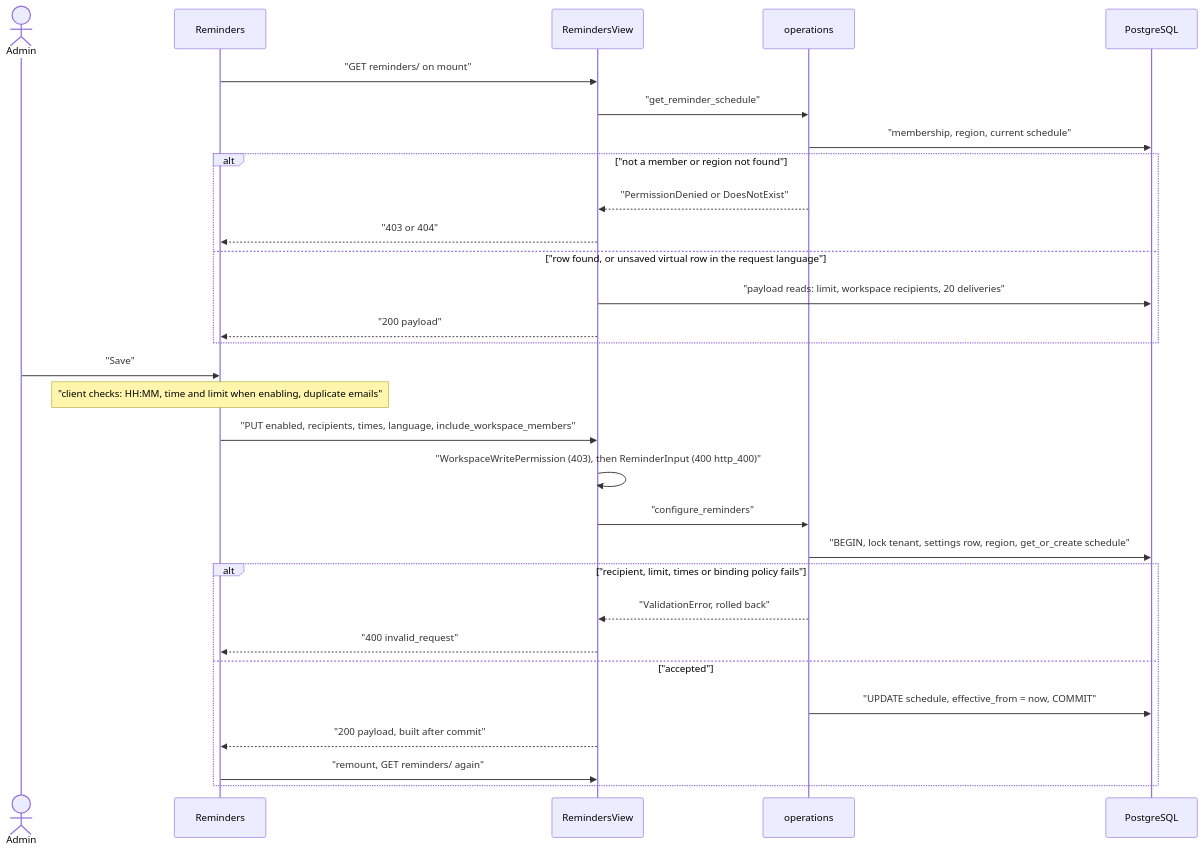
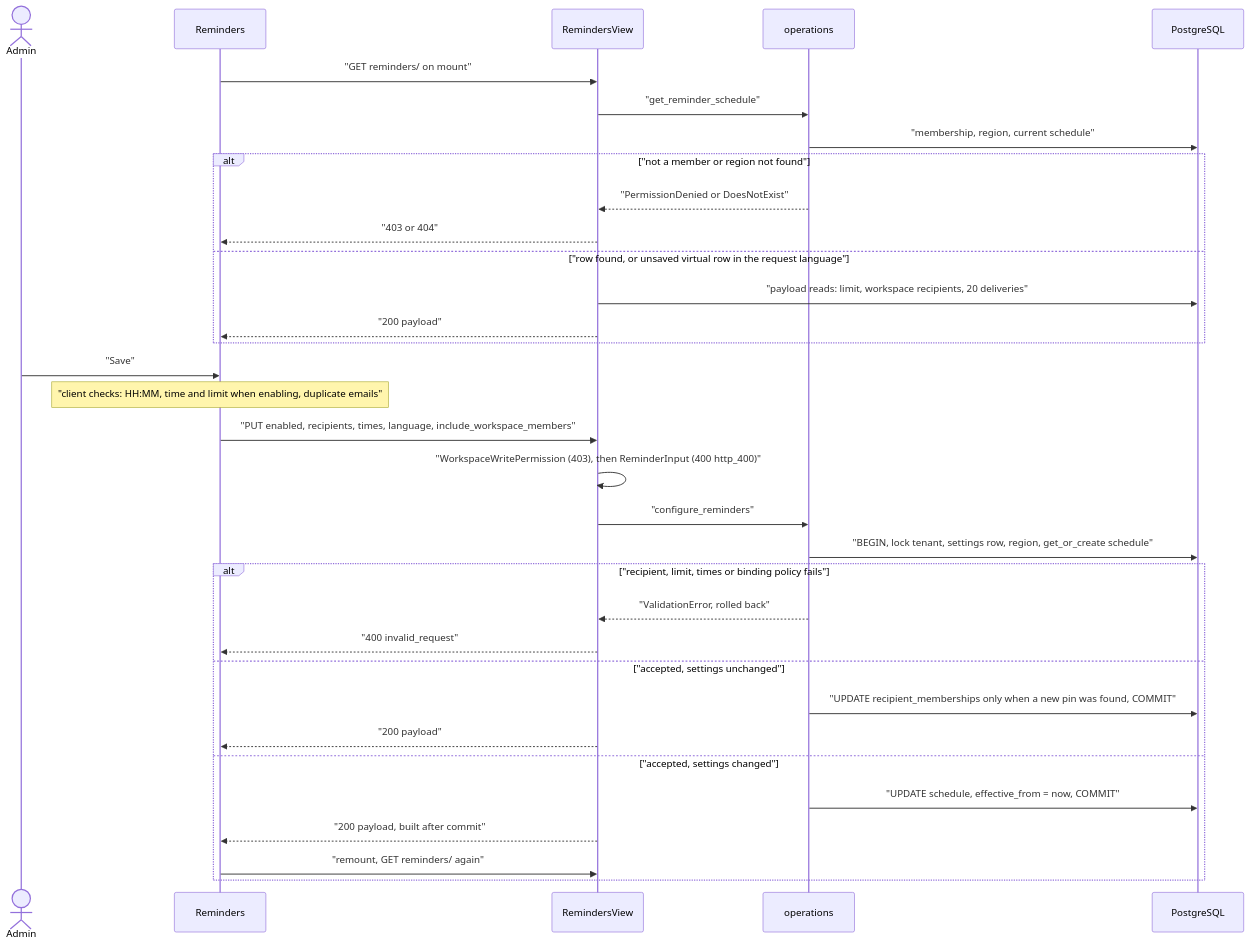
One commit to erkurtharun/pyracast changed the diagram in docs/flows/reminder-configuration.md. Above: the diagram before and after it, drawn with Mermaid. The commit also changed other lines of this file and 24 other files, not shown here.

````diff
--- a/docs/flows/reminder-configuration.md
+++ b/docs/flows/reminder-configuration.md
@@ -13,32 +13,35 @@
 ```mermaid
 sequenceDiagram
     actor A as Admin
     participant U as Reminders
     participant V as RemindersView
     participant O as operations
     participant D as PostgreSQL
     U->>V: "GET reminders/ on mount"
     V->>O: "get_reminder_schedule"
     O->>D: "membership, region, current schedule"
     alt "not a member or region not found"
         O-->>V: "PermissionDenied or DoesNotExist"
         V-->>U: "403 or 404"
     else "row found, or unsaved virtual row in the request language"
         V->>D: "payload reads: limit, workspace recipients, 20 deliveries"
         V-->>U: "200 payload"
     end
     A->>U: "Save"
     Note over U: "client checks: HH:MM, time and limit when enabling, duplicate emails"
     U->>V: "PUT enabled, recipients, times, language, include_workspace_members"
     V->>V: "WorkspaceWritePermission (403), then ReminderInput (400 http_400)"
     V->>O: "configure_reminders"
     O->>D: "BEGIN, lock tenant, settings row, region, get_or_create schedule"
     alt "recipient, limit, times or binding policy fails"
         O-->>V: "ValidationError, rolled back"
         V-->>U: "400 invalid_request"
-    else "accepted"
+    else "accepted, settings unchanged"
+        O->>D: "UPDATE recipient_memberships only when a new pin was found, COMMIT"
+        V-->>U: "200 payload"
+    else "accepted, settings changed"
         O->>D: "UPDATE schedule, effective_from = now, COMMIT"
         V-->>U: "200 payload, built after commit"
         U->>V: "remount, GET reminders/ again"
     end
 ```
````
